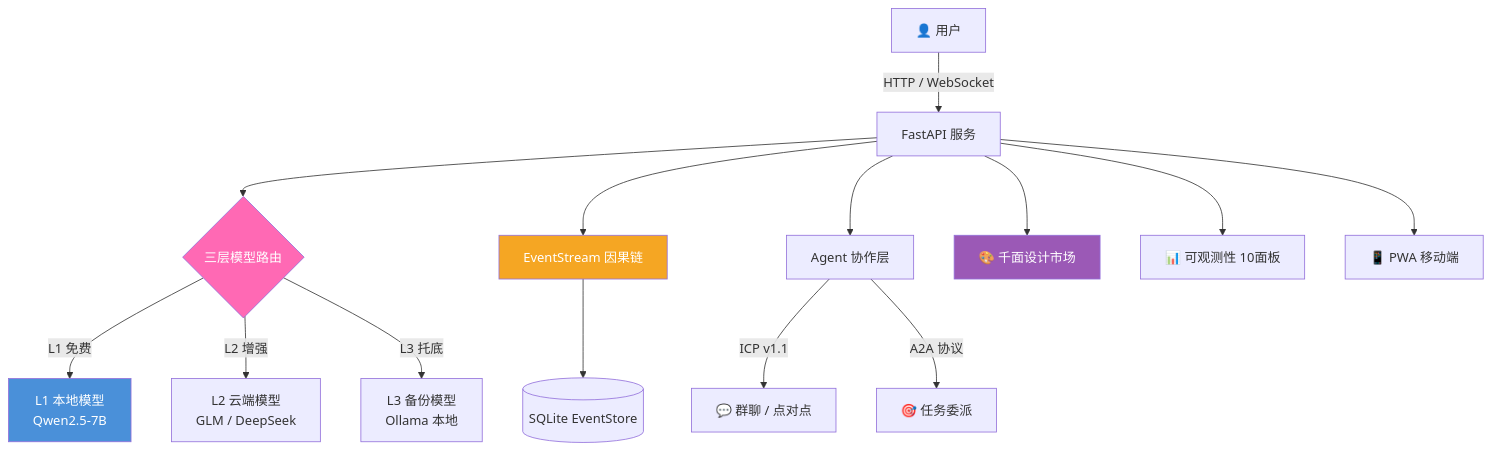
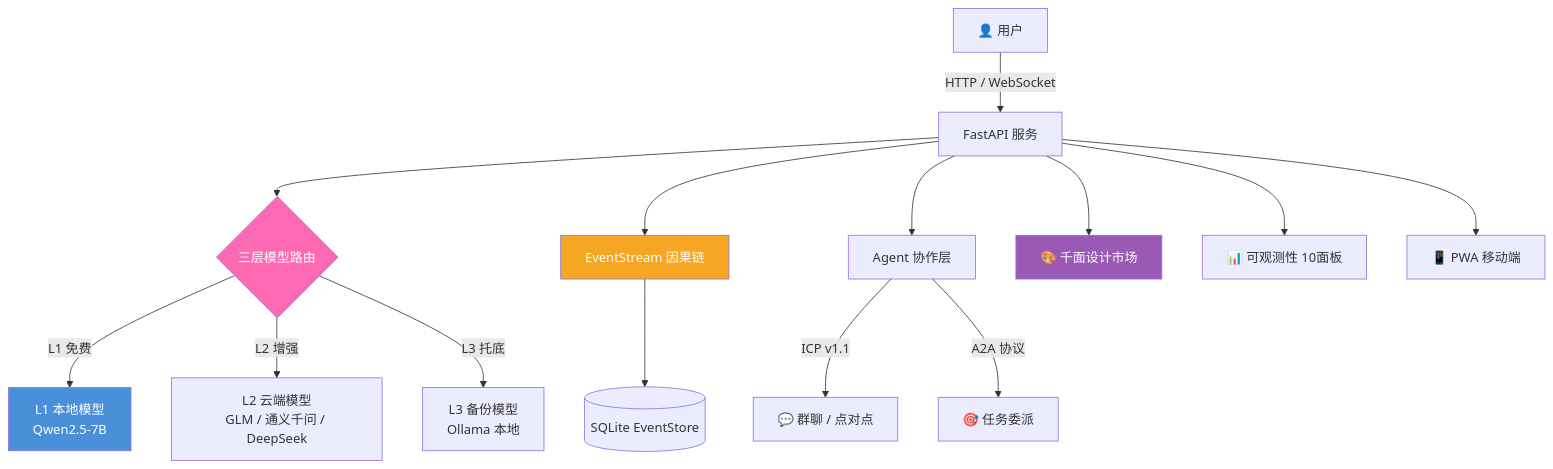
One commit to Ninefoldatwill/homestream changed the diagram in README.md. Above: the diagram before and after it, drawn with Mermaid. The commit also changed other lines of this file and 6 other files, not shown here.

````diff
--- a/README.md
+++ b/README.md
@@ -62,21 +62,21 @@
 ```mermaid
 graph TB
     User[👤 用户] -->|HTTP / WebSocket| API[FastAPI 服务]
     API --> Router{三层模型路由}
     Router -->|L1 免费| Local[L1 本地模型<br/>Qwen2.5-7B]
-    Router -->|L2 增强| Cloud[L2 云端模型<br/>GLM / DeepSeek]
+    Router -->|L2 增强| Cloud[L2 云端模型<br/>GLM / 通义千问 / DeepSeek]
     Router -->|L3 托底| Backup[L3 备份模型<br/>Ollama 本地]
     API --> Events[EventStream 因果链]
     Events --> Store[(SQLite EventStore)]
     API --> Agents[Agent 协作层]
     Agents -->|ICP v1.1| Chat[💬 群聊 / 点对点]
     Agents -->|A2A 协议| Tasks[🎯 任务委派]
     API --> Themes[🎨 千面设计市场]
     API --> Obs[📊 可观测性 10面板]
     API --> PWA[📱 PWA 移动端]
     
     style Local fill:#4a90d9,color:#fff
     style Router fill:#ff69b4,color:#fff
     style Events fill:#f5a623,color:#fff
     style Themes fill:#9b59b6,color:#fff
 ```
````
